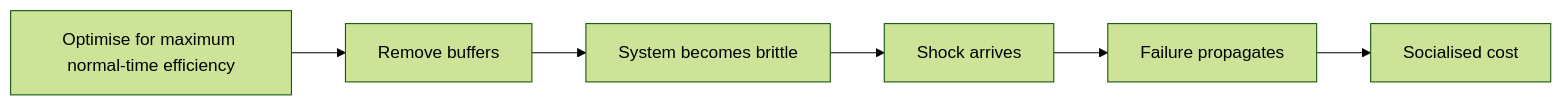
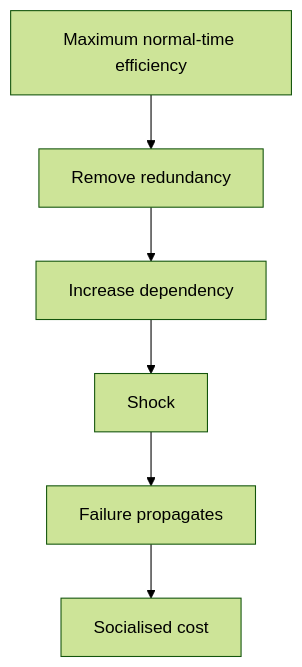
The fifth of 14 diagrams in 🌕_5_Long_Strategies/💸_Business_Is_Tooling/💸_making_harm_too_expensive_to_continue.md (josefsbreakfast/Polaris-Protocol), drawn with Mermaid (forest theme) before and after one commit. The commit also changed other lines of this file, not shown here.

````diff
--- a/🌕_5_Long_Strategies/💸_Business_Is_Tooling/💸_making_harm_too_expensive_to_continue.md
+++ b/🌕_5_Long_Strategies/💸_Business_Is_Tooling/💸_making_harm_too_expensive_to_continue.md
@@ -265,9 +212,9 @@
 ```mermaid
-flowchart LR
-    A[Optimise for maximum normal-time efficiency]
-    --> B[Remove buffers]
-    --> C[System becomes brittle]
-    --> D[Shock arrives]
+flowchart TD
+    A[Maximum normal-time efficiency]
+    --> B[Remove redundancy]
+    --> C[Increase dependency]
+    --> D[Shock]
     --> E[Failure propagates]
     --> F[Socialised cost]
 ```
````
